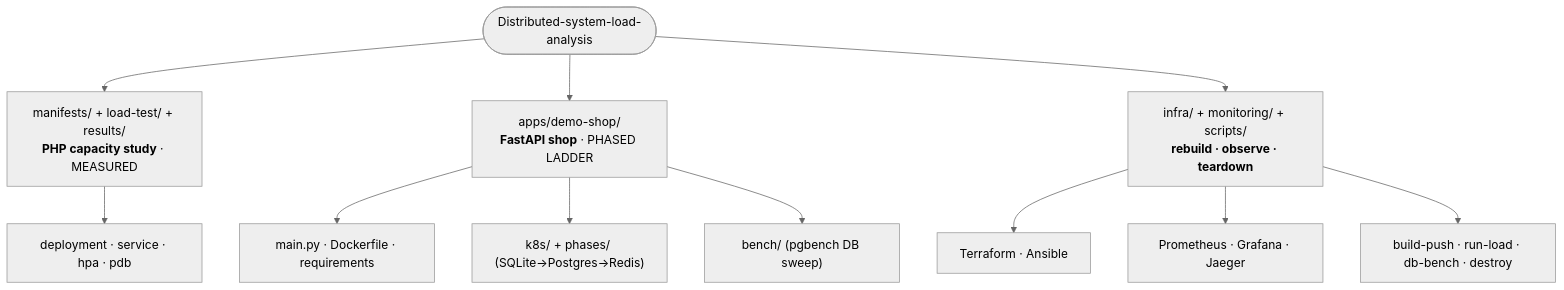
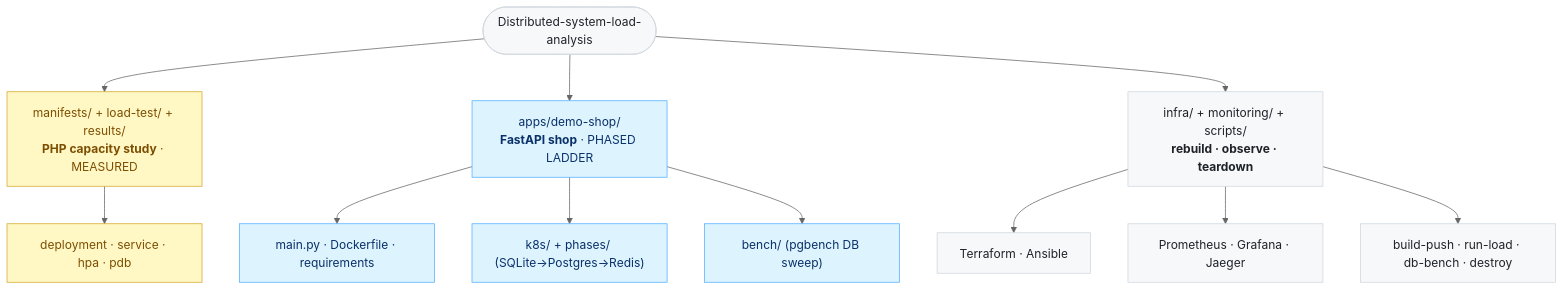
One commit to Ansh-dhanani/Distributed-system-load-analysis changed the second of 8 diagrams in README.md. Above: the diagram before and after it, drawn with Mermaid (neutral theme). The commit also changed other lines of this file, not shown here.

First line of the commit message:
docs: unify mermaid styling with a clean, theme-safe palette

````diff
--- a/README.md
+++ b/README.md
@@ -57,16 +58,22 @@
 ```mermaid
 flowchart TB
     ROOT(["Distributed-system-load-analysis"])
 
     ROOT --> STUDY["manifests/ + load-test/ + results/<br/><b>PHP capacity study</b> · MEASURED"]
     ROOT --> LAB["apps/demo-shop/<br/><b>FastAPI shop</b> · PHASED LADDER"]
     ROOT --> OPS["infra/ + monitoring/ + scripts/<br/><b>rebuild · observe · teardown</b>"]
 
     STUDY --> S1["deployment · service · hpa · pdb"]
     LAB --> L1["main.py · Dockerfile · requirements"]
     LAB --> L2["k8s/ + phases/ (SQLite→Postgres→Redis)"]
     LAB --> L3["bench/ (pgbench DB sweep)"]
     OPS --> O1["Terraform · Ansible"]
     OPS --> O2["Prometheus · Grafana · Jaeger"]
     OPS --> O3["build-push · run-load · db-bench · destroy"]
+
+    classDef default fill:#f6f8fa,stroke:#d0d7de,color:#1f2328;
+    classDef study fill:#fff8c5,stroke:#d4a72c,color:#7d4e00;
+    classDef lab   fill:#ddf4ff,stroke:#54aeff,color:#0a3069;
+    class STUDY,S1 study;
+    class LAB,L1,L2,L3 lab;
 ```
````
